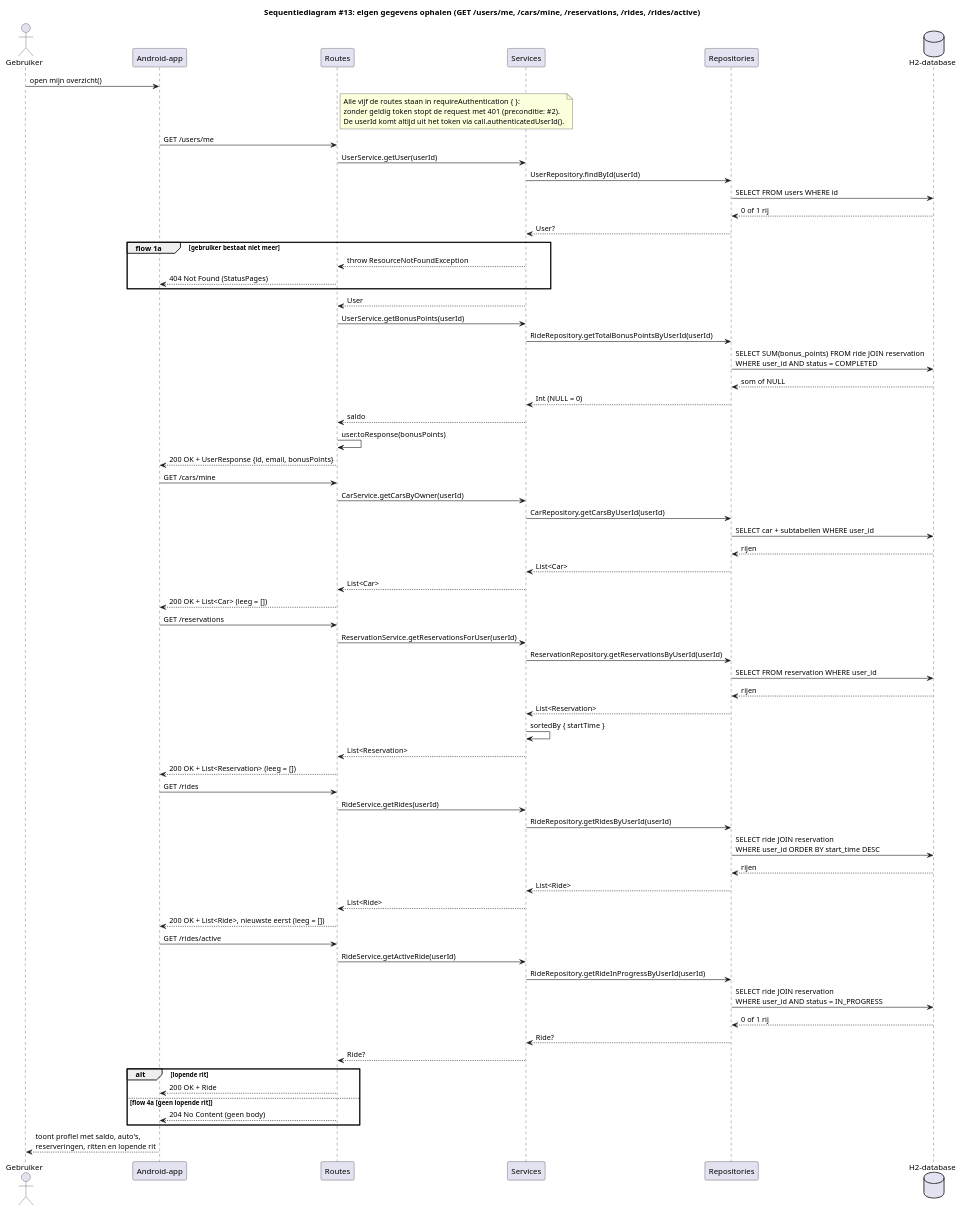
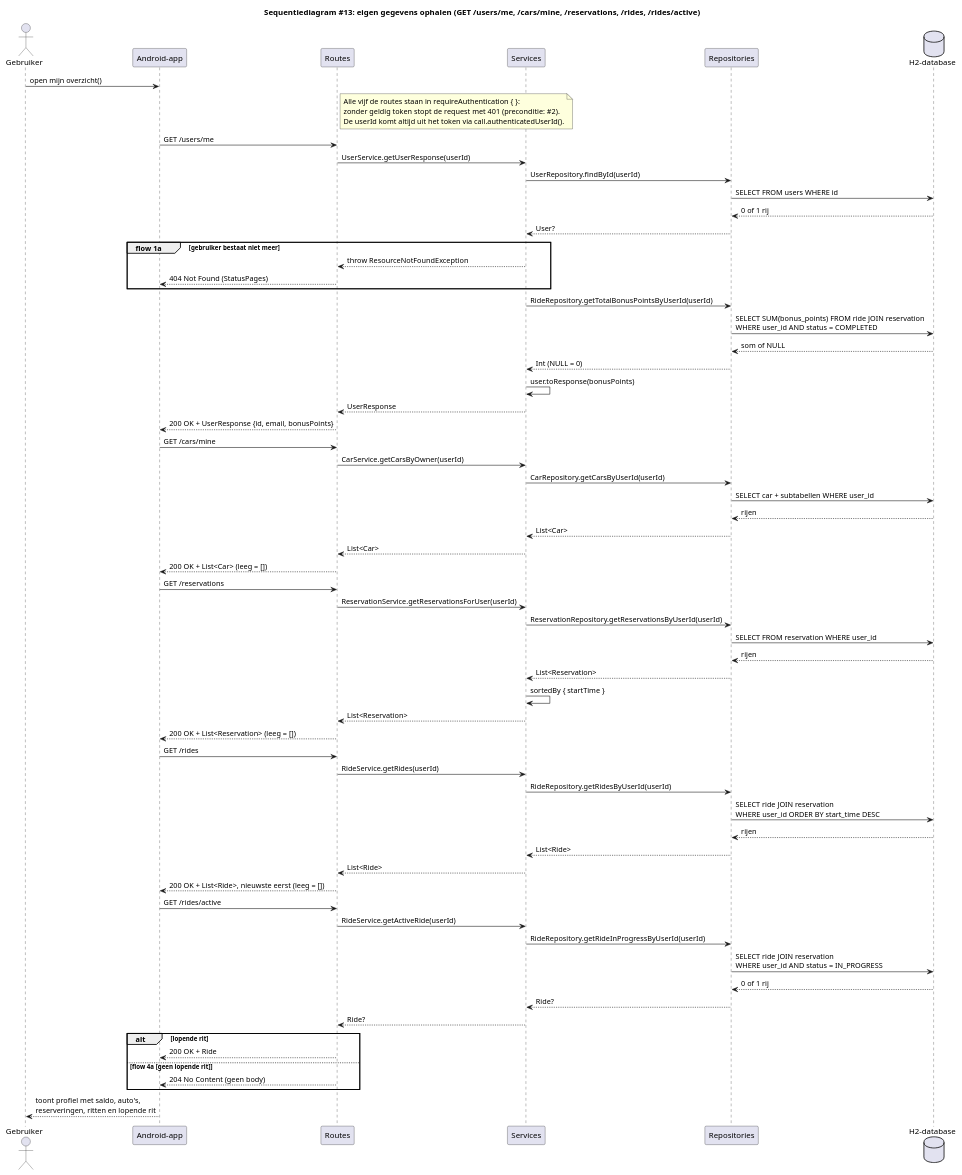
Before and after one commit to MarkPrins18/hbo-leerjaar2: the diagram in diagrams/sequence/MyOverview.puml, drawn with PlantUML. The commit also changed 6 other files, not shown here.

Commit message:
refactor: UserService geeft UserResponse terug, route kent geen mapper meer

```diff
--- a/diagrams/sequence/MyOverview.puml
+++ b/diagrams/sequence/MyOverview.puml
@@ -1,86 +1,84 @@
 @startuml MyOverview
 title Sequentiediagram #13: eigen gegevens ophalen (GET /users/me, /cars/mine, /reservations, /rides, /rides/active)
 
 actor Gebruiker as g
 participant "Android-app" as app
 participant "Routes" as rt
 participant "Services" as svc
 participant "Repositories" as repo
 database "H2-database" as db
 
 g -> app : open mijn overzicht()
 note right of rt
   Alle vijf de routes staan in requireAuthentication { }:
   zonder geldig token stopt de request met 401 (preconditie: #2).
   De userId komt altijd uit het token via call.authenticatedUserId().
 end note
 
 app -> rt : GET /users/me
-rt -> svc : UserService.getUser(userId)
+rt -> svc : UserService.getUserResponse(userId)
 svc -> repo : UserRepository.findById(userId)
 repo -> db : SELECT FROM users WHERE id
 db --> repo : 0 of 1 rij
 repo --> svc : User?
 
 group flow 1a [gebruiker bestaat niet meer]
     svc --> rt : throw ResourceNotFoundException
     rt --> app : 404 Not Found (StatusPages)
 end
 
-svc --> rt : User
-rt -> svc : UserService.getBonusPoints(userId)
 svc -> repo : RideRepository.getTotalBonusPointsByUserId(userId)
 repo -> db : SELECT SUM(bonus_points) FROM ride JOIN reservation\nWHERE user_id AND status = COMPLETED
 db --> repo : som of NULL
 repo --> svc : Int (NULL = 0)
-svc --> rt : saldo
-rt -> rt : user.toResponse(bonusPoints)
+svc -> svc : user.toResponse(bonusPoints)
+svc --> rt : UserResponse
 rt --> app : 200 OK + UserResponse {id, email, bonusPoints}
 
 app -> rt : GET /cars/mine
 rt -> svc : CarService.getCarsByOwner(userId)
 svc -> repo : CarRepository.getCarsByUserId(userId)
 repo -> db : SELECT car + subtabellen WHERE user_id
 db --> repo : rijen
 repo --> svc : List<Car>
 svc --> rt : List<Car>
 rt --> app : 200 OK + List<Car> (leeg = [])
 
 app -> rt : GET /reservations
 rt -> svc : ReservationService.getReservationsForUser(userId)
 svc -> repo : ReservationRepository.getReservationsByUserId(userId)
 repo -> db : SELECT FROM reservation WHERE user_id
 db --> repo : rijen
 repo --> svc : List<Reservation>
 svc -> svc : sortedBy { startTime }
 svc --> rt : List<Reservation>
 rt --> app : 200 OK + List<Reservation> (leeg = [])
 
 app -> rt : GET /rides
 rt -> svc : RideService.getRides(userId)
 svc -> repo : RideRepository.getRidesByUserId(userId)
 repo -> db : SELECT ride JOIN reservation\nWHERE user_id ORDER BY start_time DESC
 db --> repo : rijen
 repo --> svc : List<Ride>
 svc --> rt : List<Ride>
 rt --> app : 200 OK + List<Ride>, nieuwste eerst (leeg = [])
 
 app -> rt : GET /rides/active
 rt -> svc : RideService.getActiveRide(userId)
 svc -> repo : RideRepository.getRideInProgressByUserId(userId)
 repo -> db : SELECT ride JOIN reservation\nWHERE user_id AND status = IN_PROGRESS
 db --> repo : 0 of 1 rij
 repo --> svc : Ride?
 
 svc --> rt : Ride?
 
 alt lopende rit
     rt --> app : 200 OK + Ride
 else flow 4a [geen lopende rit]
     rt --> app : 204 No Content (geen body)
 end
 app --> g : toont profiel met saldo, auto's,\nreserveringen, ritten en lopende rit
 
 
 
 @enduml
```
